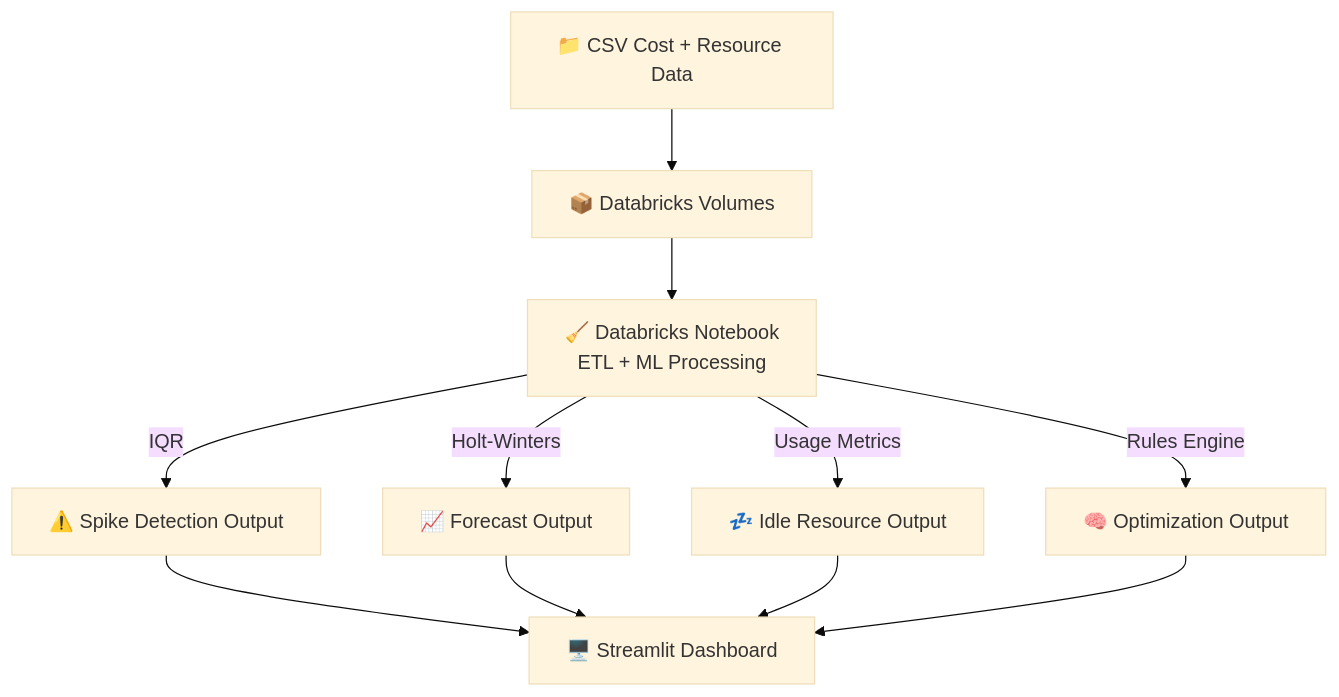
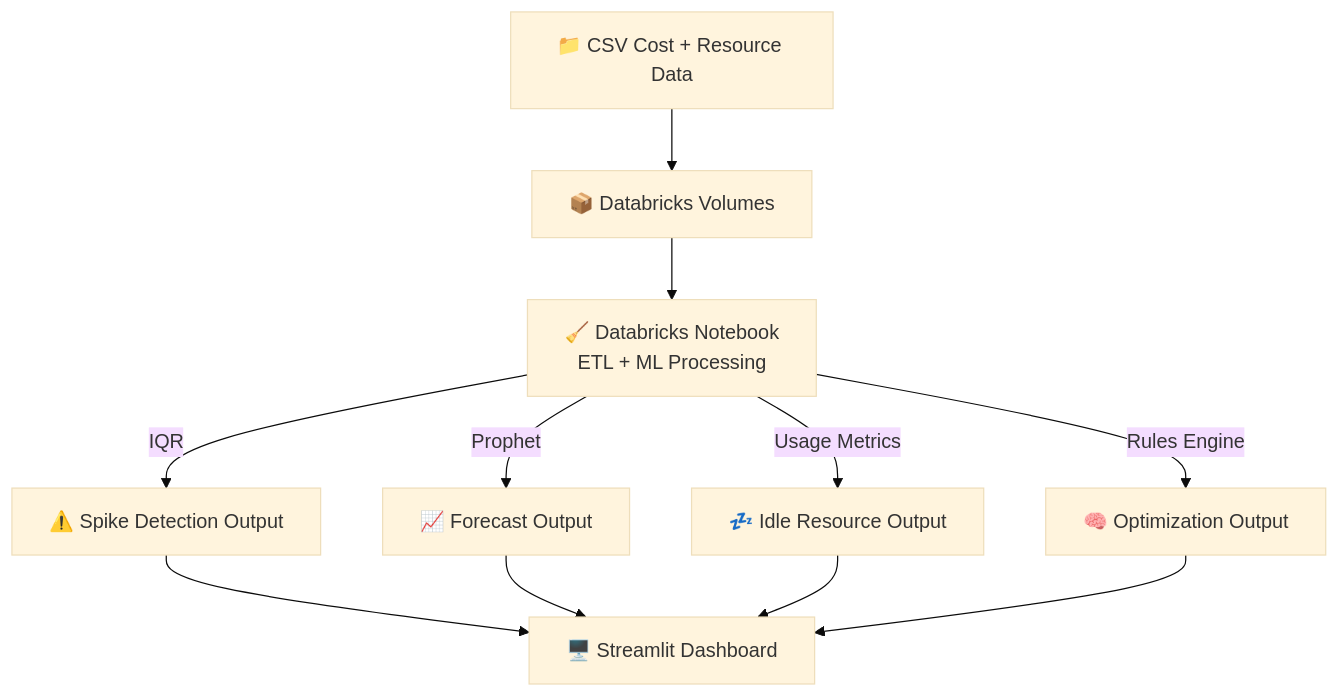
Before and after one commit to AnandGoyal264/finops_dashboard: the diagram in README.md, drawn with Mermaid (base theme). The commit also changed other lines of this file, not shown here.

Commit message:
finallupdate

````diff
--- a/README.md
+++ b/README.md
@@ -66,16 +66,16 @@
 ```mermaid
 flowchart TD
 
 A[📁 CSV Cost + Resource Data] --> B[📦 Databricks Volumes]
 B --> C[🧹 Databricks Notebook<br>ETL + ML Processing]
 
 C -->|IQR| D1[⚠️ Spike Detection Output]
-C -->|Holt-Winters| D2[📈 Forecast Output]
+C -->|Prophet| D2[📈 Forecast Output]
 C -->|Usage Metrics| D3[💤 Idle Resource Output]
 C -->|Rules Engine| D4[🧠 Optimization Output]
 
 D1 --> E[🖥️ Streamlit Dashboard]
 D2 --> E
 D3 --> E
 D4 --> E
 ```
````
